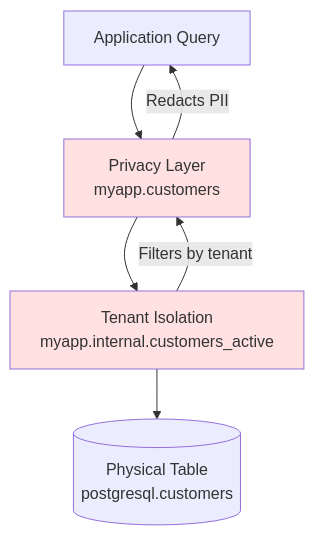
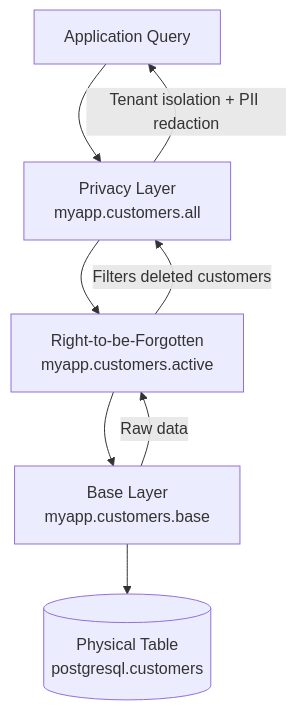
The seventh of 9 diagrams in README.md (robfromboulder/virtual-view-manifesto), drawn with Mermaid before and after one commit. The commit also changed other lines of this file and 2 other files, not shown here.

Commit message:
Improve examples and diagrams

````diff
--- a/README.md
+++ b/README.md
@@ -1142,12 +1124,11 @@
 ```mermaid
 flowchart TD
-    App[Application Query] --> Privacy[Privacy Layer<br/>myapp.customers]
-    Privacy --> Isolation[Tenant Isolation<br/>myapp.internal.customers_active]
-    Isolation --> Physical[(Physical Table<br/>postgresql.customers)]
-    
-    Privacy -->|Redacts PII| App
-    Isolation -->|Filters by tenant| Privacy
-    
-    style Privacy fill:#ffe1e1
-    style Isolation fill:#ffe1e1
+    App["Application Query"] --> Privacy["Privacy Layer<br/>myapp.customers.all"]
+    Privacy --> Active["Right-to-be-Forgotten<br/>myapp.customers.active"]
+    Active --> Base["Base Layer<br/>myapp.customers.base"]
+    Base --> Physical[("Physical Table<br/>postgresql.customers")]
+
+    Privacy -->|Tenant isolation + PII redaction| App
+    Active -->|Filters deleted customers| Privacy
+    Base -->|Raw data| Active
 ```
````
